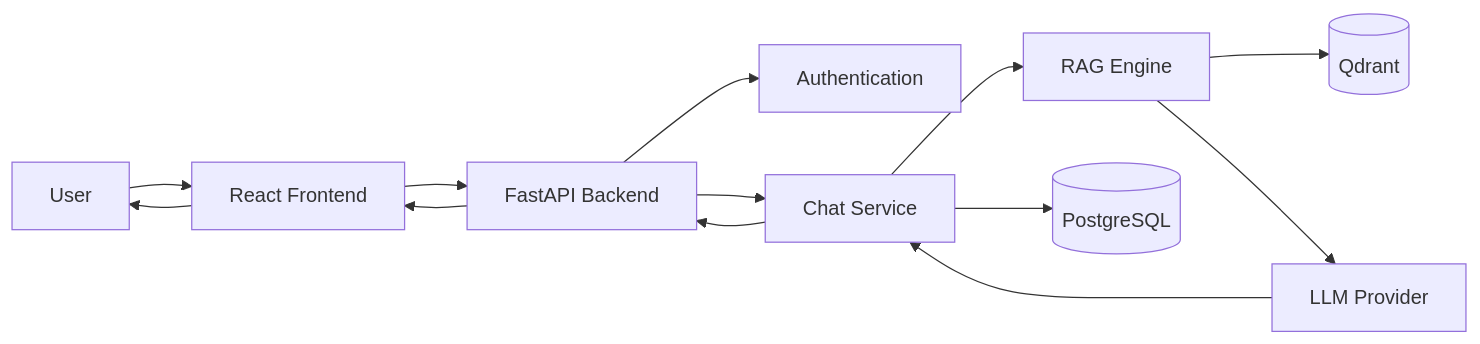
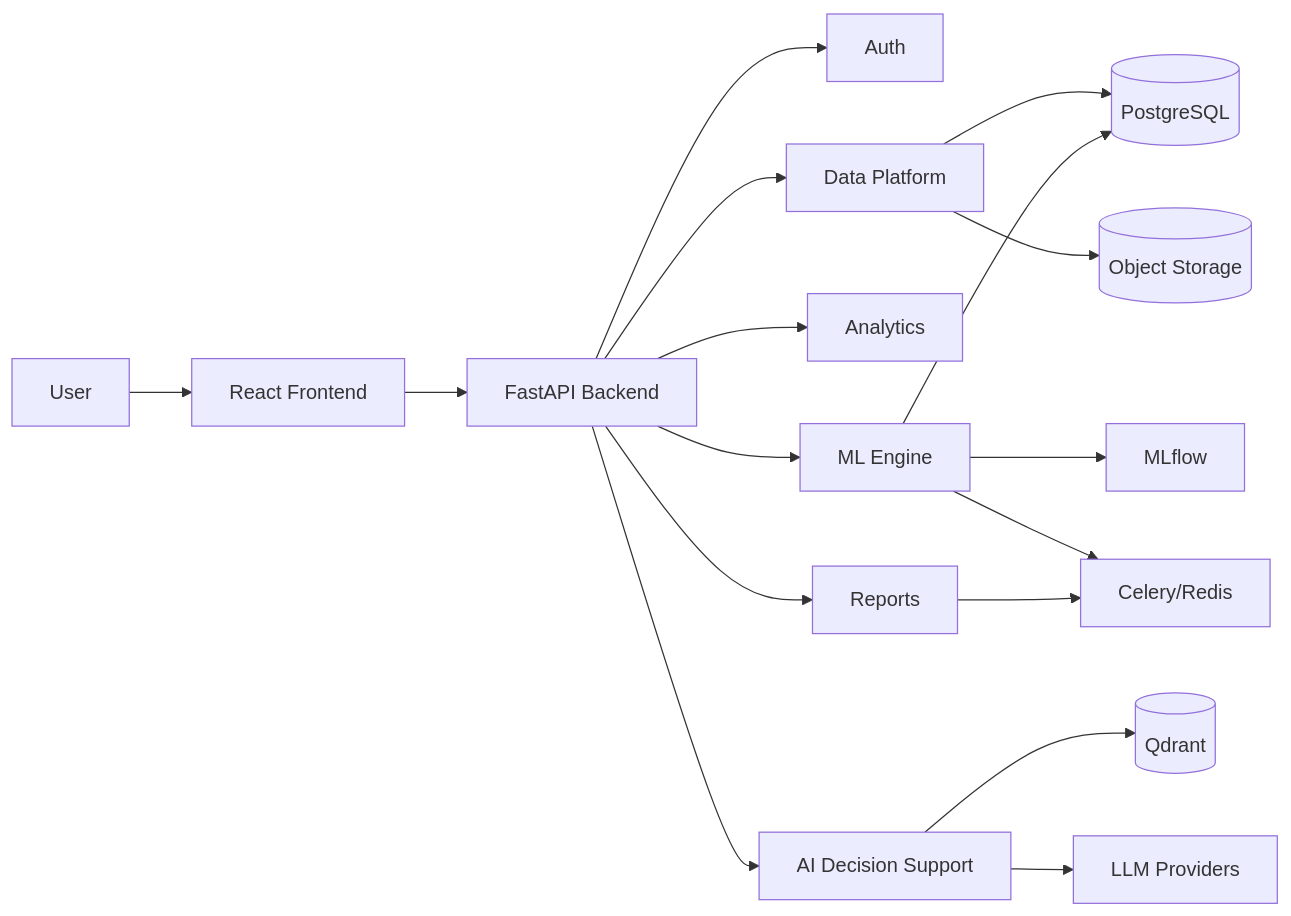
The diagram in docs/03_APP_FLOW.md (SubhranshuPan/medintel-ai), drawn with Mermaid before and after one commit. The commit also changed other lines of this file and 3 other files, not shown here.

````diff
--- a/docs/03_APP_FLOW.md
+++ b/docs/03_APP_FLOW.md
@@ -108,45 +123,19 @@
 ```mermaid
 flowchart LR
-
-U[User]
-
-FE[React Frontend]
-
-API[FastAPI Backend]
-
-AUTH[Authentication]
-
-CHAT[Chat Service]
-
-RAG[RAG Engine]
-
-Q[(Qdrant)]
-
-DB[(PostgreSQL)]
-
-LLM[LLM Provider]
-
-U --> FE
-
-FE --> API
-
-API --> AUTH
-
-API --> CHAT
-
-CHAT --> RAG
-
-RAG --> Q
-
-CHAT --> DB
-
-RAG --> LLM
-
-LLM --> CHAT
-
-CHAT --> API
-
-API --> FE
-
-FE --> U
+U[User] --> FE[React Frontend]
+FE --> API[FastAPI Backend]
+API --> Auth
+API --> Data[Data Platform]
+API --> Analytics
+API --> ML[ML Engine]
+API --> AI[AI Decision Support]
+API --> Reports
+Data --> PG[(PostgreSQL)]
+Data --> OBJ[(Object Storage)]
+ML --> PG
+ML --> MLF[MLflow]
+ML --> Q[Celery/Redis]
+AI --> QD[(Qdrant)]
+AI --> LLM[LLM Providers]
+Reports --> Q
 ```
````
